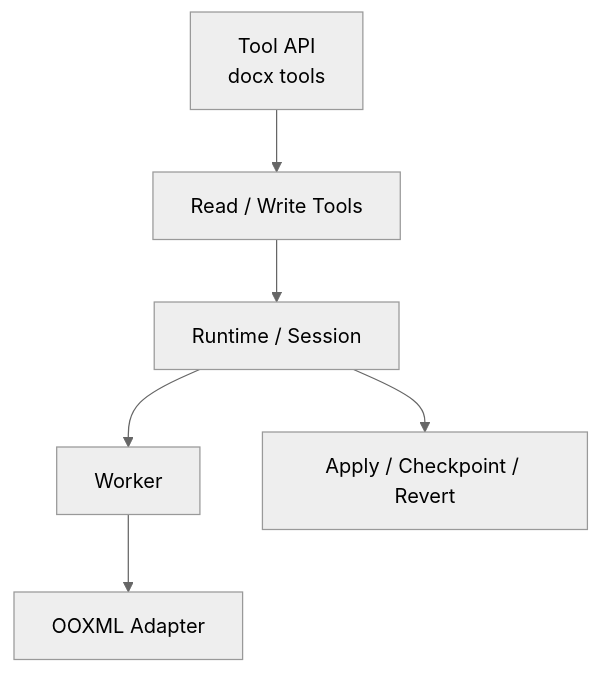
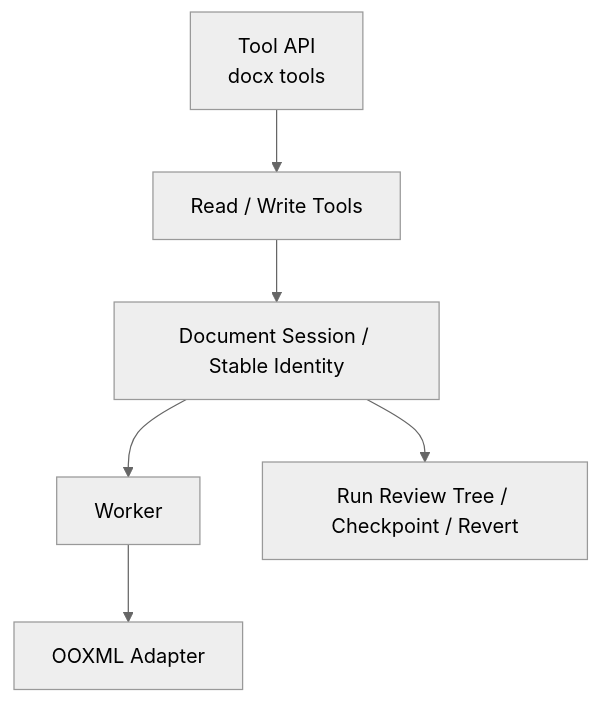
One commit to Yoan98/Ncurator changed the second of 2 diagrams in doc/architecture.md. Above: the diagram before and after it, drawn with Mermaid (neutral theme). The commit also changed other lines of this file and 38 other files, not shown here.

````diff
--- a/doc/architecture.md
+++ b/doc/architecture.md
@@ -166,8 +166,8 @@
 ```mermaid
 flowchart TD
     A["Tool API\ndocx tools"] --> B["Read / Write Tools"]
-    B --> C["Runtime / Session"]
+    B --> C["Document Session / Stable Identity"]
     C --> D["Worker"]
     D --> E["OOXML Adapter"]
-    C --> F["Apply / Checkpoint / Revert"]
+    C --> F["Run Review Tree / Checkpoint / Revert"]
 ```
````
